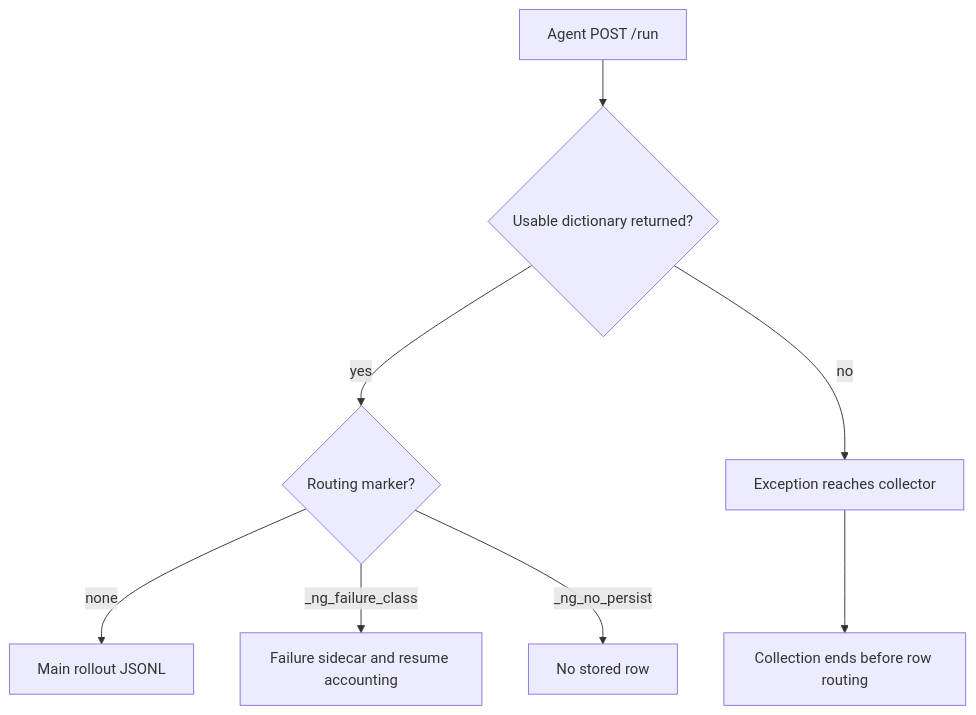
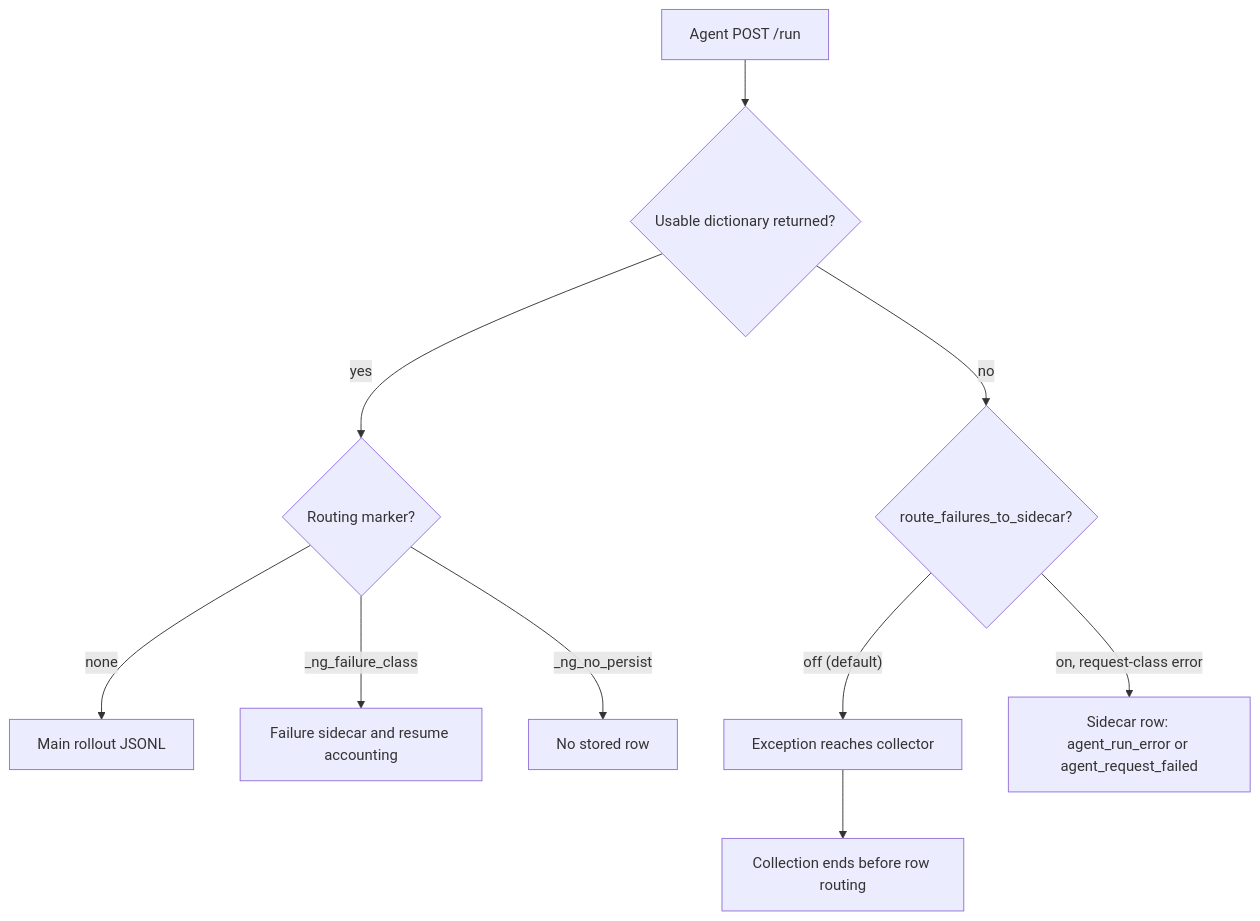
One commit to ananthsub/Gym changed the second of 4 diagrams in investigations/nemo-gym-rollout-error-catalogue.md. Above: the diagram before and after it, drawn with Mermaid. The commit also changed other lines of this file and 2 other files, not shown here.

````diff
--- a/investigations/nemo-gym-rollout-error-catalogue.md
+++ b/investigations/nemo-gym-rollout-error-catalogue.md
@@ -61,10 +61,12 @@
 ```mermaid
 flowchart TD
     RUN["Agent POST /run"] --> RESULT{"Usable dictionary returned?"}
     RESULT -->|"yes"| MARKER{"Routing marker?"}
     MARKER -->|"none"| MAIN["Main rollout JSONL"]
     MARKER -->|"_ng_failure_class"| SIDE["Failure sidecar and resume accounting"]
     MARKER -->|"_ng_no_persist"| OMIT["No stored row"]
-    RESULT -->|"no"| EXC["Exception reaches collector"]
+    RESULT -->|"no"| FLAG{"route_failures_to_sidecar?"}
+    FLAG -->|"off (default)"| EXC["Exception reaches collector"]
+    FLAG -->|"on, request-class error"| REQ["Sidecar row: agent_run_error or agent_request_failed"]
     EXC --> ABORT["Collection ends before row routing"]
 ```
````
